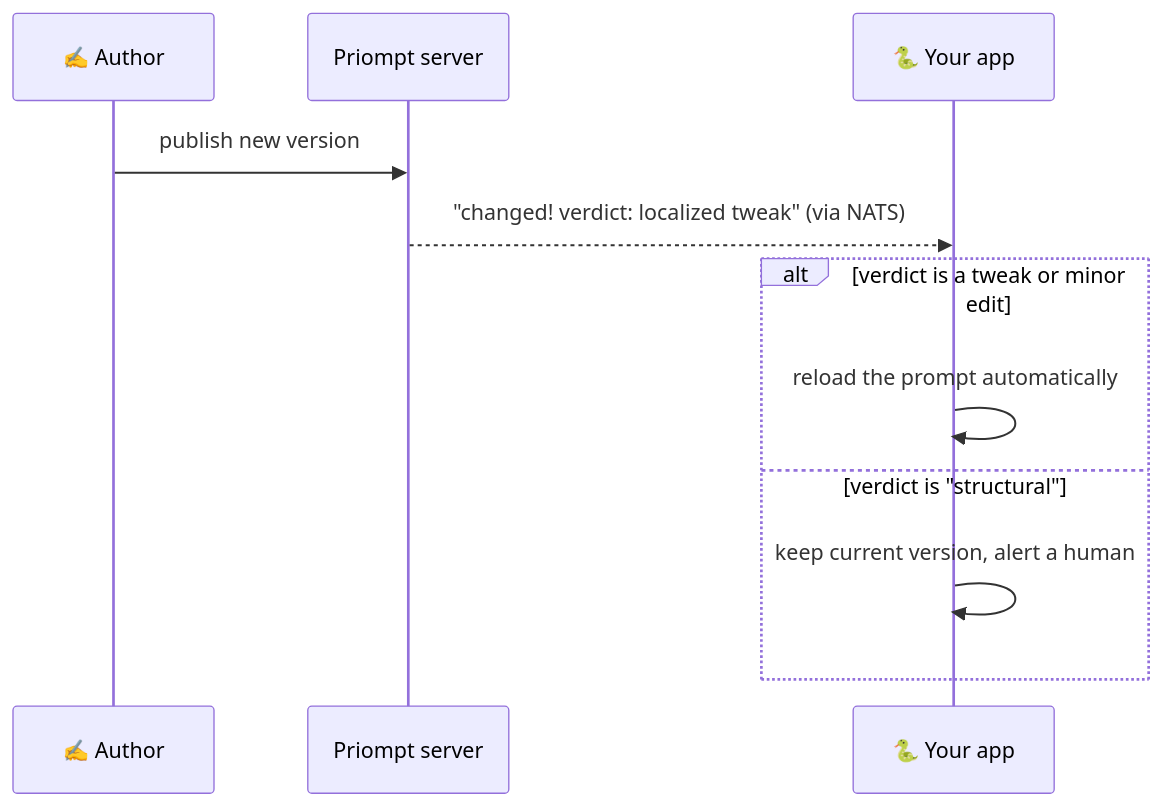
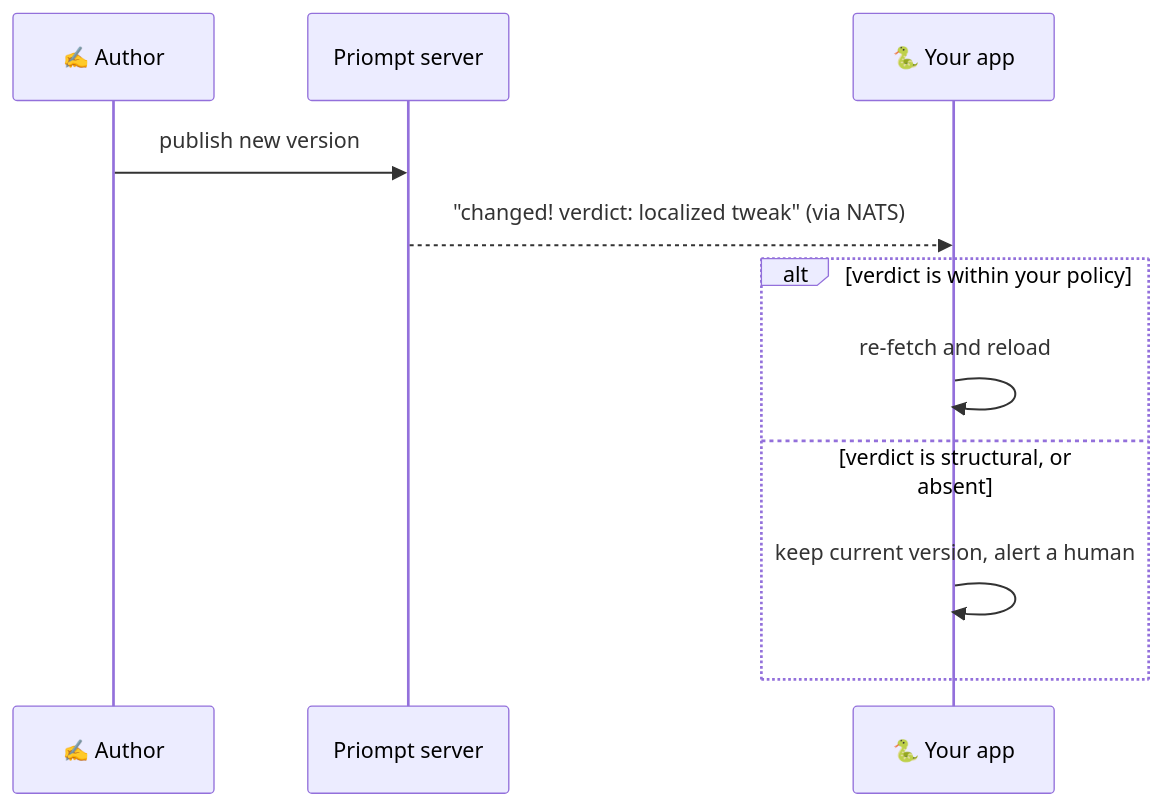
One commit to priompt/python-sdk changed the second of 2 diagrams in README.md. Above: the diagram before and after it, drawn with Mermaid. The commit also changed other lines of this file, not shown here.

First line of the commit message:
Describe the verdict as spread, not safety

````diff
--- a/README.md
+++ b/README.md
@@ -96,14 +96,14 @@
 ```mermaid
 sequenceDiagram
     participant W as ✍️ Author
     participant S as Priompt server
     participant A as 🐍 Your app
 
     W->>S: publish new version
     S-->>A: "changed! verdict: localized tweak" (via NATS)
-    alt verdict is a tweak or minor edit
-        A->>A: reload the prompt automatically
-    else verdict is "structural"
+    alt verdict is within your policy
+        A->>A: re-fetch and reload
+    else verdict is structural, or absent
         A->>A: keep current version, alert a human
     end
 ```
````
